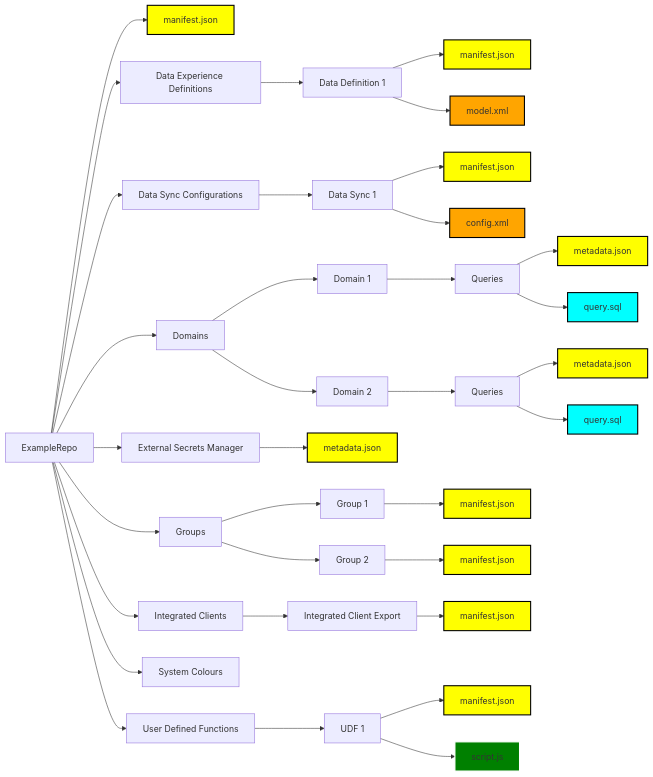
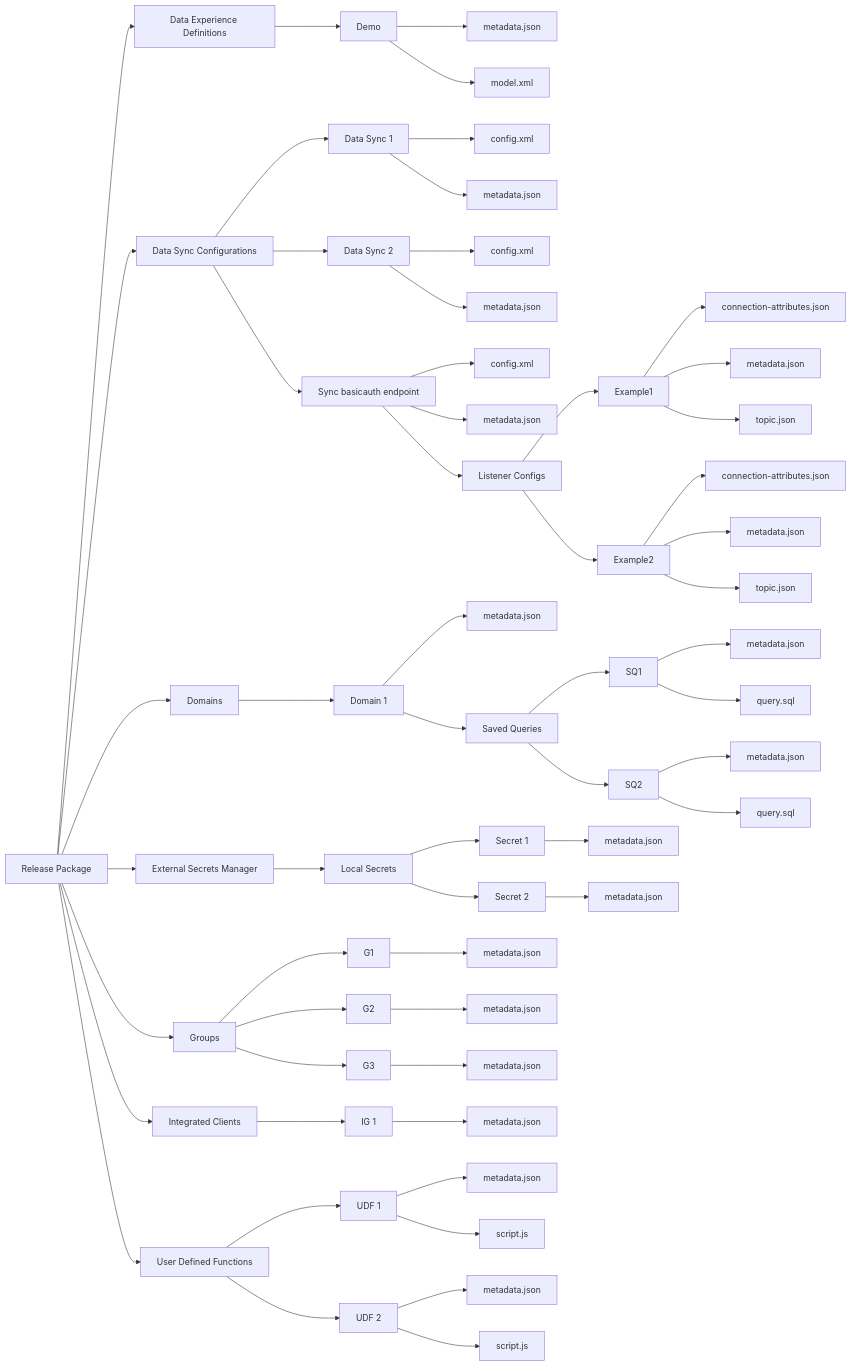
One commit to cinchy-co/Documentation changed the diagram in guides-for-using-cinchy/builder-guides/cinchydxd-utility/release-package.md. Above: the diagram before and after it, drawn with Mermaid. The commit also changed other lines of this file, not shown here.

````diff
--- a/guides-for-using-cinchy/builder-guides/cinchydxd-utility/release-package.md
+++ b/guides-for-using-cinchy/builder-guides/cinchydxd-utility/release-package.md
@@ -53,61 +166,70 @@
 ```mermaid
 graph LR
-  A[ExampleRepo] --> B[manifest.json]
-  style B fill:#FFFF00,stroke:#000000,stroke-width:2px;
+    A[Release Package]
+    A --> B[Data Experience Definitions]
+    B --> BA[Demo]
+    BA --> BAA[metadata.json]
+    BA --> BAB[model.xml]
+    
+    A --> C[Data Sync Configurations]
+    C --> CA[Data Sync 1]
+    CA --> CAA[config.xml]
+    CA --> CAB[metadata.json]
+    C --> CB[Data Sync 2]
+    CB --> CBA[config.xml]
+    CB --> CBB[metadata.json]
+    C --> CC[Sync basicauth endpoint]
+    CC --> CCA[config.xml]
+    CC --> CCB[metadata.json]
+    CC --> CCC[Listener Configs]
+    CCC --> CCCC[Example1]
+    CCCC --> CCCCA[connection-attributes.json]
+    CCCC --> CCCCB[metadata.json]
+    CCCC --> CCCCC[topic.json]
+    CCC --> CCCD[Example2]
+    CCCD --> CCCDA[connection-attributes.json]
+    CCCD --> CCCDB[metadata.json]
+    CCCD --> CCCDC[topic.json]
 
-  A --> C[Data Experience Definitions]
-  C --> D1[Data Definition 1]
-  D1 --> E1[manifest.json]
-  style E1 fill:#FFFF00,stroke:#000000,stroke-width:2px;
-  D1 --> E2[model.xml]
-  style E2 fill:#FFA500,stroke:#000000,stroke-width:2px;
+    A --> D[Domains]
+    D --> DA[Domain 1]
+    DA --> DAA[metadata.json]
+    DA --> DAB[Saved Queries]
+    DAB --> DABA[SQ1]
+    DABA --> DABAA[metadata.json]
+    DABA --> DABAB[query.sql]
+    DAB --> DABB[SQ2]
+    DABB --> DABBA[metadata.json]
+    DABB --> DABBB[query.sql]
 
-  A --> F[Data Sync Configurations]
-  F --> G1[Data Sync 1]
-  G1 --> H1[manifest.json]
-  style H1 fill:#FFFF00,stroke:#000000,stroke-width:2px;
-  G1 --> H2[config.xml]
-  style H2 fill:#FFA500,stroke:#000000,stroke-width:2px;
+    A --> E[External Secrets Manager]
+    E --> EA[Local Secrets]
+    EA --> EAA[Secret 1]
+    EAA --> EAAA[metadata.json]
+    EA --> EAB[Secret 2]
+    EAB --> EABA[metadata.json]
 
-  A --> I[Domains]
-  I --> J1[Domain 1]
-  J1 --> K1[Queries]
-  K1 --> L1[metadata.json]
-  style L1 fill:#FFFF00,stroke:#000000,stroke-width:2px;
-  K1 --> L2[query.sql]
-  style L2 fill:#00FFFF,stroke:#000000,stroke-width:2px;
-  I --> J2[Domain 2]
-  J2 --> K2[Queries]
-  K2 --> L3[metadata.json]
-  style L3 fill:#FFFF00,stroke:#000000,stroke-width:2px;
-  K2 --> L4[query.sql]
-  style L4 fill:#00FFFF,stroke:#000000,stroke-width:2px;
+    A --> F[Groups]
+    F --> FA[G1]
+    FA --> FAA[metadata.json]
+    F --> FB[G2]
+    FB --> FBA[metadata.json]
+    F --> FC[G3]
+    FC --> FCA[metadata.json]
+    
+    A --> G[Integrated Clients]
+    G --> GA[IG 1]
+    GA --> GAA[metadata.json]
+    
+    A --> H[User Defined Functions]
+    H --> HA[UDF 1]
+    HA --> HAA[metadata.json]
+    HA --> HAB[script.js]
+    H --> HB[UDF 2]
+    HB --> HBA[metadata.json]
+    HB --> HBB[script.js]
 
-  A --> IA[External Secrets Manager]
-  IA --> IB[metadata.json]
-  style IB fill:#FFFF00,stroke:#000000,stroke-width:2px;
 
-  A --> M[Groups]
-  M --> N1[Group 1]
-  N1 --> O1[manifest.json]
-  style O1 fill:#FFFF00,stroke:#000000,stroke-width:2px;
-  M --> N2[Group 2]
-  N2 --> O2[manifest.json]
-  style O2 fill:#FFFF00,stroke:#000000,stroke-width:2px;
-
-  A --> P[Integrated Clients]
-  P --> Q1[Integrated Client Export]
-  Q1 --> R1[manifest.json]
-  style R1 fill:#FFFF00,stroke:#000000,stroke-width:2px;
-
-  A --> S[System Colours]
-
-  A --> T[User Defined Functions]
-  T --> U1[UDF 1]
-  U1 --> V1[manifest.json]
-  style V1 fill:#FFFF00,stroke:#000000,stroke-width:2px;
-  U1 --> V2[script.js]
-  style V2 fill:#008000,stroke:#FFFFFF,stroke-width:2px;
 
 
   ```
````
